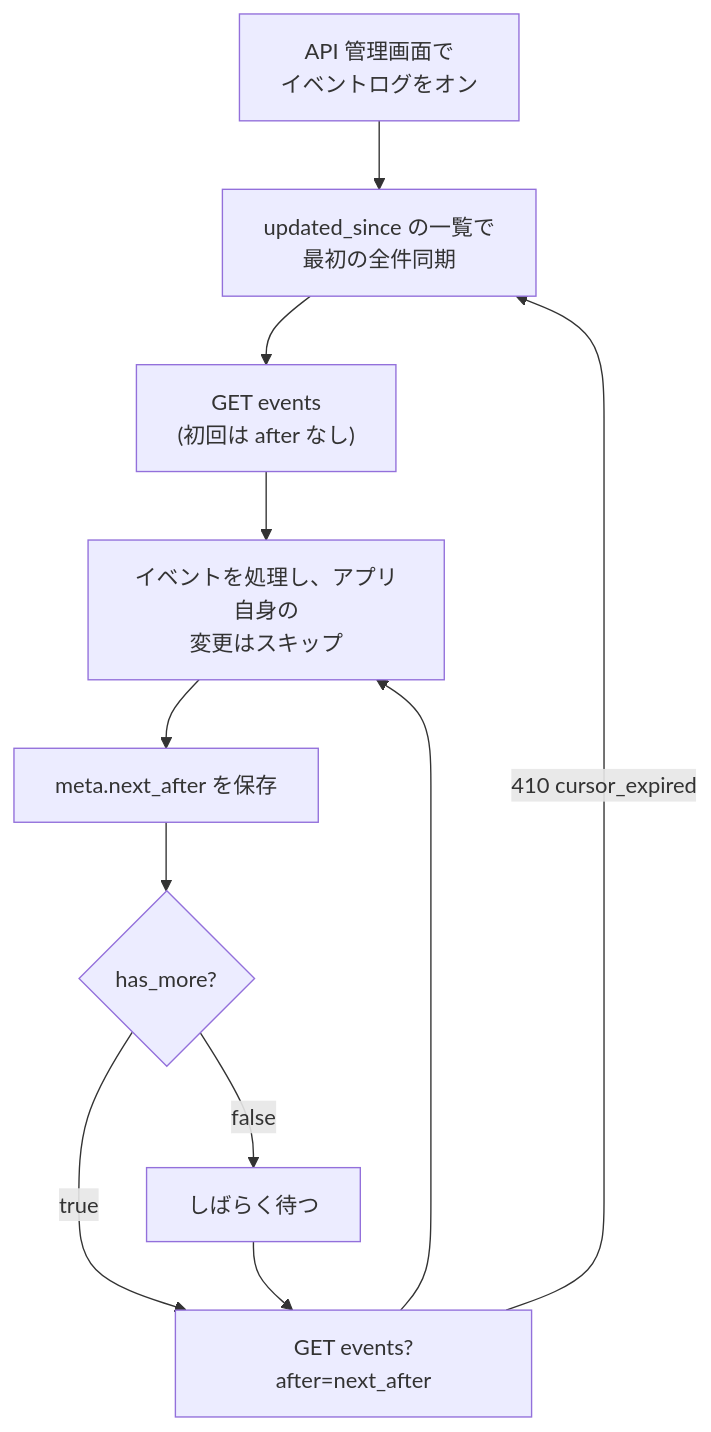
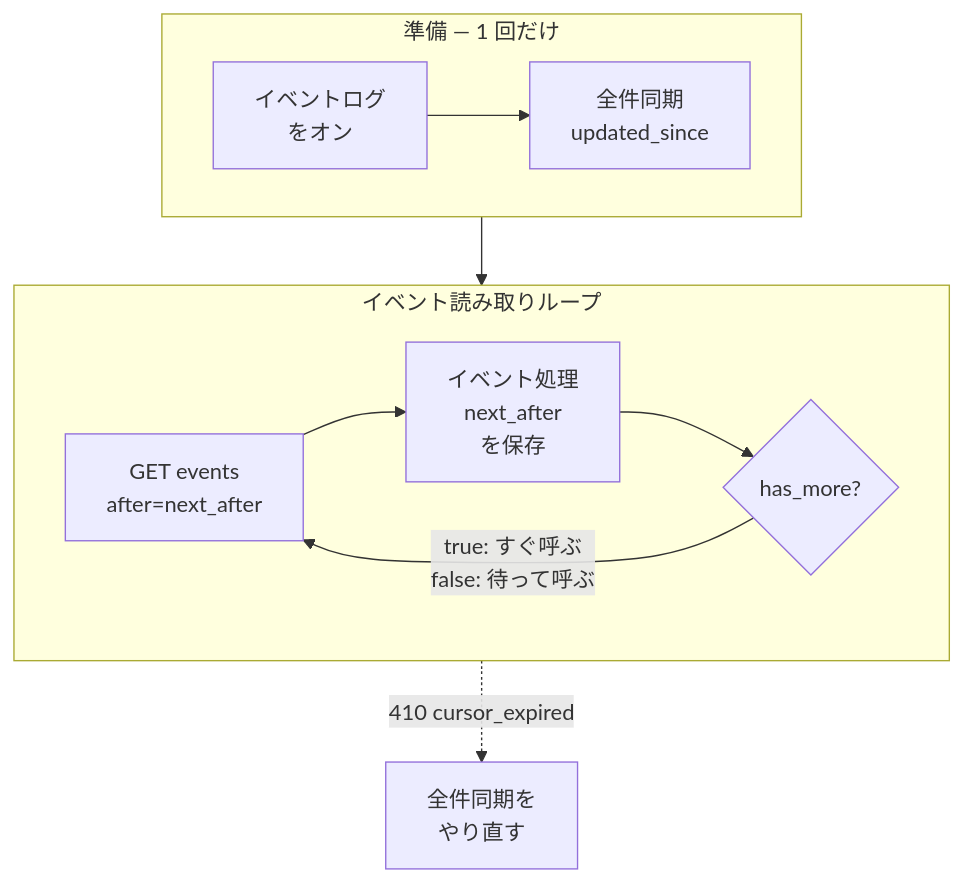
Before and after one commit to gp247net/gp247-docs: the third of 4 diagrams in api/api-sync_ja.md, drawn with Mermaid. The commit also changed other lines of this file and 44 other files, not shown here.

First line of the commit message:
docs: redraw oversized diagrams in security, API and MCP docs (vi/en/ja)

````diff
--- a/api/api-sync_ja.md
+++ b/api/api-sync_ja.md
@@ -159,13 +159,14 @@
 ```mermaid
-flowchart TD
-    A["API 管理画面で<br/>イベントログをオン"] --> B["updated_since の一覧で<br/>最初の全件同期"]
-    B --> C["GET events<br/>(初回は after なし)"]
-    C --> D["イベントを処理し、アプリ自身の<br/>変更はスキップ"]
-    D --> E["meta.next_after を保存"]
-    E --> F{"has_more?"}
-    F -- "true" --> G["GET events?after=next_after"]
-    F -- "false" --> H["しばらく待つ"]
-    H --> G
-    G --> D
-    G -- "410 cursor_expired" --> B
+flowchart TB
+    subgraph S1["準備 — 1 回だけ"]
+        direction LR
+        A["イベントログ<br/>をオン"] --> B["全件同期<br/>updated_since"]
+    end
+    subgraph S2["イベント読み取りループ"]
+        direction LR
+        C["GET events<br/>after=next_after"] --> D["イベント処理<br/>next_after<br/>を保存"] --> F{"has_more?"}
+        F -- "true: すぐ呼ぶ<br/>false: 待って呼ぶ" --> C
+    end
+    S1 --> S2
+    S2 -.->|"410 cursor_expired"| X["全件同期を<br/>やり直す"]
 ```
````
